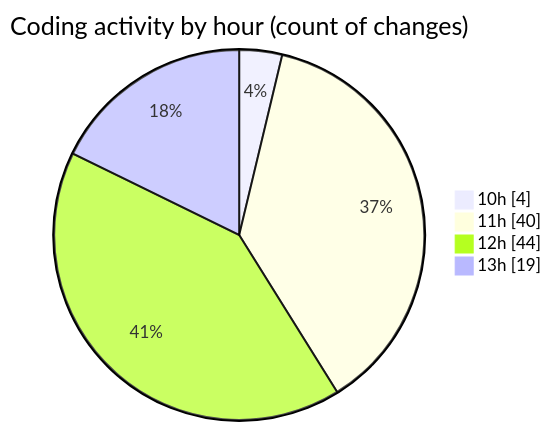
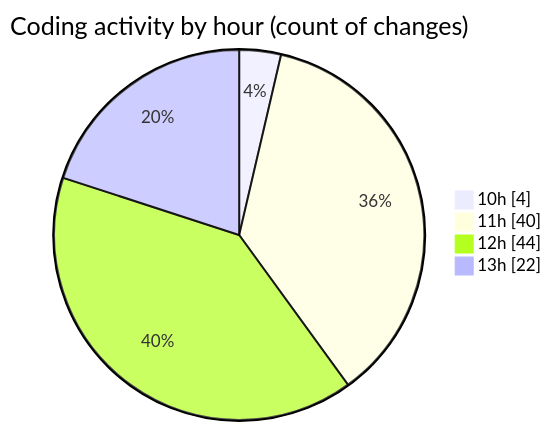
Before and after one commit to nxtqubesakshisongat/code-tracking: the second of 2 diagrams in 2025-07-28/nxtqube_webapp/README.md, drawn with Mermaid. The commit also changed other lines of this file and 1 other file, not shown here.

````diff
--- a/2025-07-28/nxtqube_webapp/README.md
+++ b/2025-07-28/nxtqube_webapp/README.md
@@ -54,8 +54,8 @@
 ```mermaid
 pie showData
 title Coding activity by hour (count of changes)
 "10h" : 4
 "11h" : 40
 "12h" : 44
-"13h" : 19
+"13h" : 22
 ```
````
